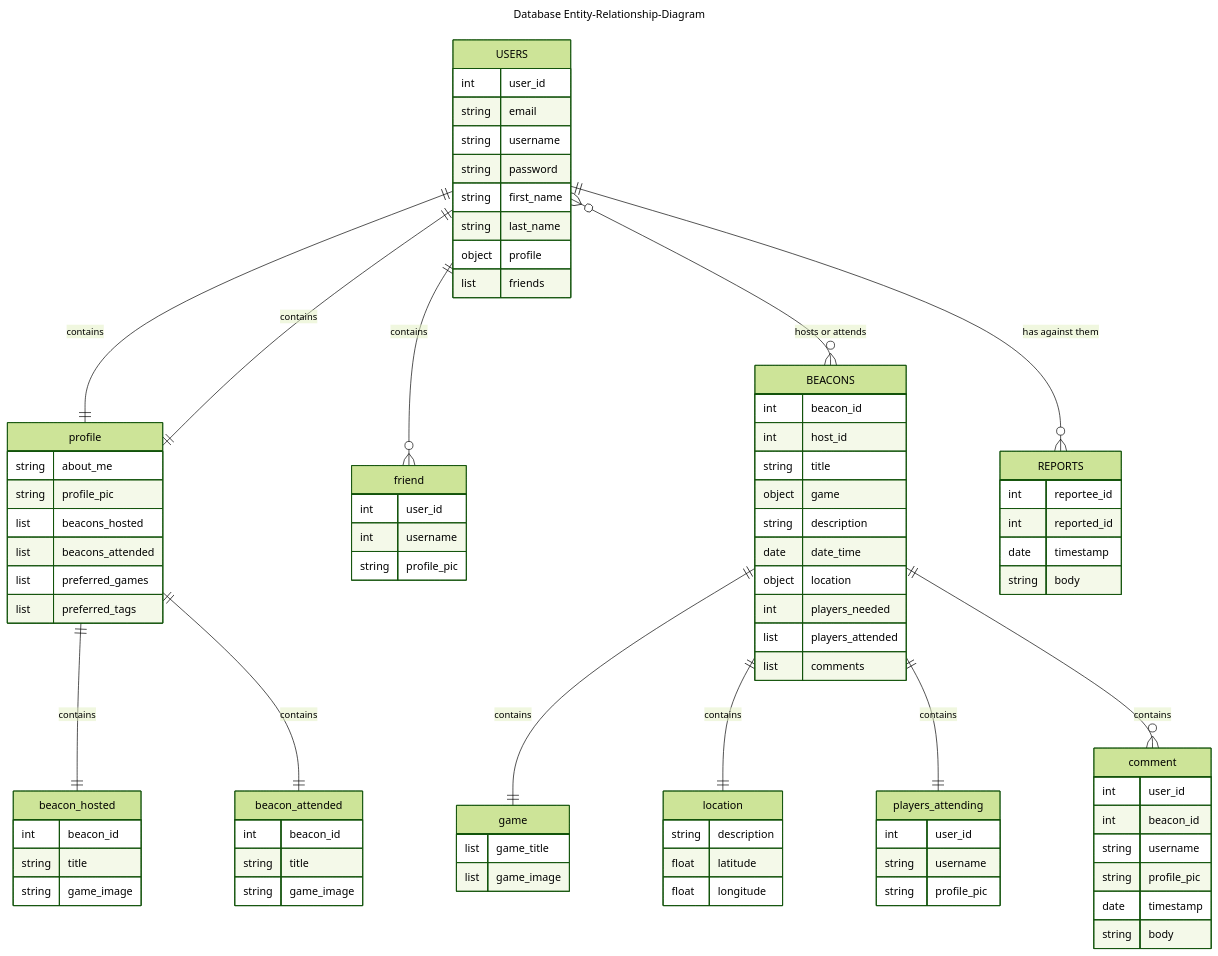
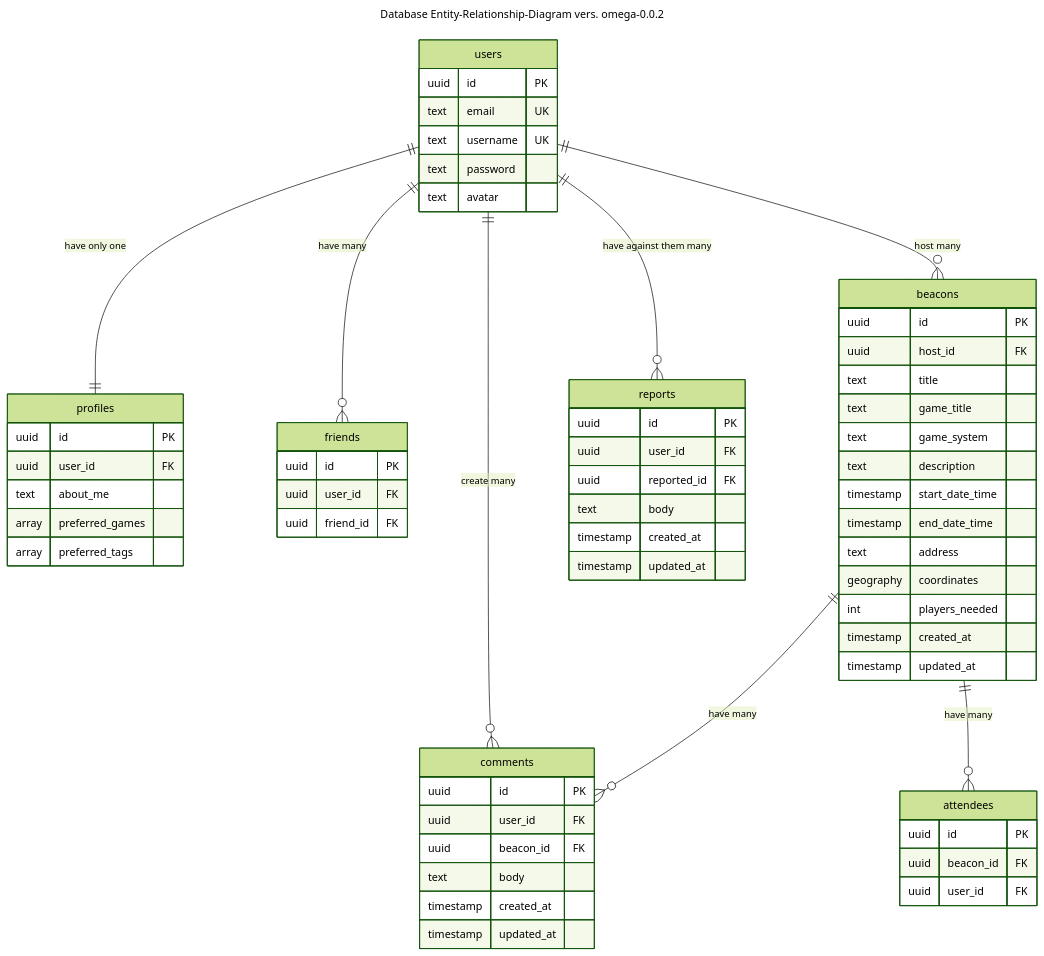
The diagram in documentation/docs/system-architecture/erddiagrams.md (jenniferlieu/project-lomo-in-person-gaming-app), drawn with Mermaid (forest theme) before and after one commit. The commit also changed other lines of this file and 7 other files, not shown here.

Commit message:
Update database schema in docs for PostgreSQL

````diff
--- a/documentation/docs/system-architecture/erddiagrams.md
+++ b/documentation/docs/system-architecture/erddiagrams.md
@@ -8,100 +8,74 @@
 ```mermaid
 ---
-title: Database Entity-Relationship-Diagram
+title: Database Entity-Relationship-Diagram vers. omega-0.0.2
 ---
 erDiagram
-    USERS ||--|| profile : contains
-    USERS { 
-        int user_id
-        string email
-        string username
-        string password
-        string first_name
-        string last_name
-        object profile
-        list friends
+    users { 
+        uuid id PK
+        text email UK
+        text username UK
+        text password
+        text avatar
     }
 
-    USERS ||--|| profile : contains
-    profile {
-        string about_me
-        string profile_pic
-        list beacons_hosted
-        list beacons_attended
-        list preferred_games
-        list preferred_tags
+    users ||--|| profiles : "have only one"
+    profiles {
+        uuid id PK
+        uuid user_id FK
+        text about_me
+        array preferred_games
+        array preferred_tags
     }
 
-    profile ||--|| beacon_hosted : contains
-    beacon_hosted {
-        int beacon_id
-        string title
-        string game_image
+    users ||--o{ friends : "have many"
+    friends {
+        uuid id PK
+        uuid user_id FK
+        uuid friend_id FK
+    }
+    
+    users ||--o{ beacons : "host many"
+    beacons {
+        uuid id PK
+        uuid host_id FK
+        text title
+        text game_title
+        text game_system
+        text description
+        timestamp start_date_time
+        timestamp end_date_time
+        text address
+        geography coordinates
+        int players_needed
+        timestamp created_at
+        timestamp updated_at
     }
 
-    profile ||--|| beacon_attended : contains
-    beacon_attended {
-        int beacon_id
-        string title
-        string game_image
+    users ||--o{ comments : "create many"
+    beacons ||--o{ comments : "have many"
+    comments {
+        uuid id PK
+        uuid user_id FK
+        uuid beacon_id FK
+        text body
+        timestamp created_at
+        timestamp updated_at
     }
 
-    USERS ||--o{ friend : contains
-    friend {
-        int user_id
-        int username
-        string profile_pic
+    beacons ||--o{ attendees : "have many"
+    attendees {
+        uuid id PK
+        uuid beacon_id FK
+        uuid user_id FK
     }
 
-    USERS }o--o{ BEACONS : "hosts or attends"
-    BEACONS {
-        int beacon_id
-        int host_id
-        string title
-        object game
-        string description
-        date date_time
-        object location
-        int players_needed
-        list players_attended
-        list comments
-    }
-
-    BEACONS ||--|| game : contains
-    game {
-        list game_title
-        list game_image
-    }
-
-    BEACONS ||--|| location : contains
-    location {
-        string description
-        float latitude
-        float longitude
-    }
-
-    BEACONS ||--|| players_attending : contains
-    players_attending {
-        int user_id
-        string username
-        string profile_pic
-    }
-
-    BEACONS ||--o{ comment : contains
-    comment {
-        int user_id
-        int beacon_id
-        string username
-        string profile_pic
-        date timestamp
-        string body
-    }
-
-    USERS ||--o{ REPORTS : "has against them"
-    REPORTS {
-        int reportee_id
-        int reported_id
-        date timestamp
-        string body
+    users ||--o{ reports : "have against them many"
+    reports {
+        uuid id PK
+        uuid user_id FK
+        uuid reported_id FK
+        text body
+        timestamp created_at
+        timestamp updated_at
     }
 ```
````
